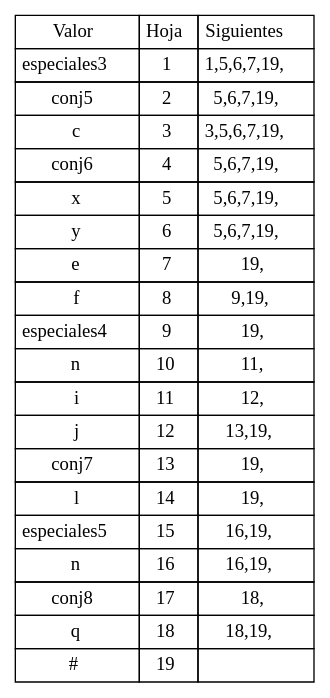
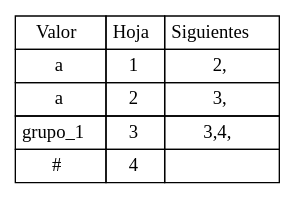
One commit to diegomazariegos2002/OLC1-P1-202003975 changed the diagram in OLC1-P1-202003975/expre2_TablaSiguientes.dot. Above: the diagram before and after it, drawn with Graphviz. The commit also changed 24 other files, not shown here.

```diff
--- a/OLC1-P1-202003975/expre2_TablaSiguientes.dot
+++ b/OLC1-P1-202003975/expre2_TablaSiguientes.dot
@@ -1,62 +1,17 @@
 digraph html { 
 abc [shape=none, margin=0, label=< 
 <TABLE BORDER="0" CELLBORDER="1" CELLSPACING="0" CELLPADDING="4">
 <TR><TD>Valor</TD><TD>Hoja</TD><TD>Siguientes</TD></TR>
 <TR>
-<TD>especiales3</TD><TD>1</TD><TD>1,5,6,7,19,</TD>
+<TD>a</TD><TD>1</TD><TD>2,</TD>
 </TR>
 <TR>
-<TD>conj5</TD><TD>2</TD><TD>5,6,7,19,</TD>
+<TD>a</TD><TD>2</TD><TD>3,</TD>
 </TR>
 <TR>
-<TD>c</TD><TD>3</TD><TD>3,5,6,7,19,</TD>
+<TD>grupo_1</TD><TD>3</TD><TD>3,4,</TD>
 </TR>
 <TR>
-<TD>conj6</TD><TD>4</TD><TD>5,6,7,19,</TD>
-</TR>
-<TR>
-<TD>x</TD><TD>5</TD><TD>5,6,7,19,</TD>
-</TR>
-<TR>
-<TD>y</TD><TD>6</TD><TD>5,6,7,19,</TD>
-</TR>
-<TR>
-<TD>e</TD><TD>7</TD><TD>19,</TD>
-</TR>
-<TR>
-<TD>f</TD><TD>8</TD><TD>9,19,</TD>
-</TR>
-<TR>
-<TD>especiales4</TD><TD>9</TD><TD>19,</TD>
-</TR>
-<TR>
-<TD>n</TD><TD>10</TD><TD>11,</TD>
-</TR>
-<TR>
-<TD>i</TD><TD>11</TD><TD>12,</TD>
-</TR>
-<TR>
-<TD>j</TD><TD>12</TD><TD>13,19,</TD>
-</TR>
-<TR>
-<TD>conj7</TD><TD>13</TD><TD>19,</TD>
-</TR>
-<TR>
-<TD>l</TD><TD>14</TD><TD>19,</TD>
-</TR>
-<TR>
-<TD>especiales5</TD><TD>15</TD><TD>16,19,</TD>
-</TR>
-<TR>
-<TD>n</TD><TD>16</TD><TD>16,19,</TD>
-</TR>
-<TR>
-<TD>conj8</TD><TD>17</TD><TD>18,</TD>
-</TR>
-<TR>
-<TD>q</TD><TD>18</TD><TD>18,19,</TD>
-</TR>
-<TR>
-<TD>#</TD><TD>19</TD><TD></TD>
+<TD>#</TD><TD>4</TD><TD></TD>
 </TR>    </TABLE>>];
 }
```
